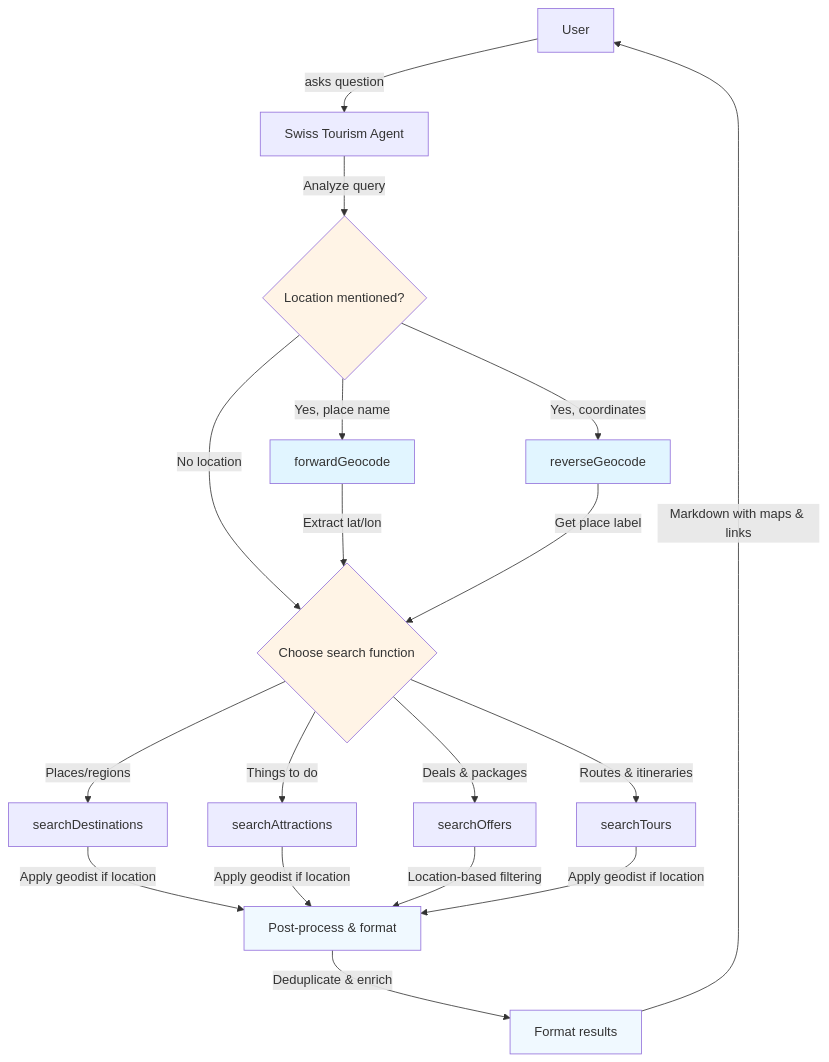
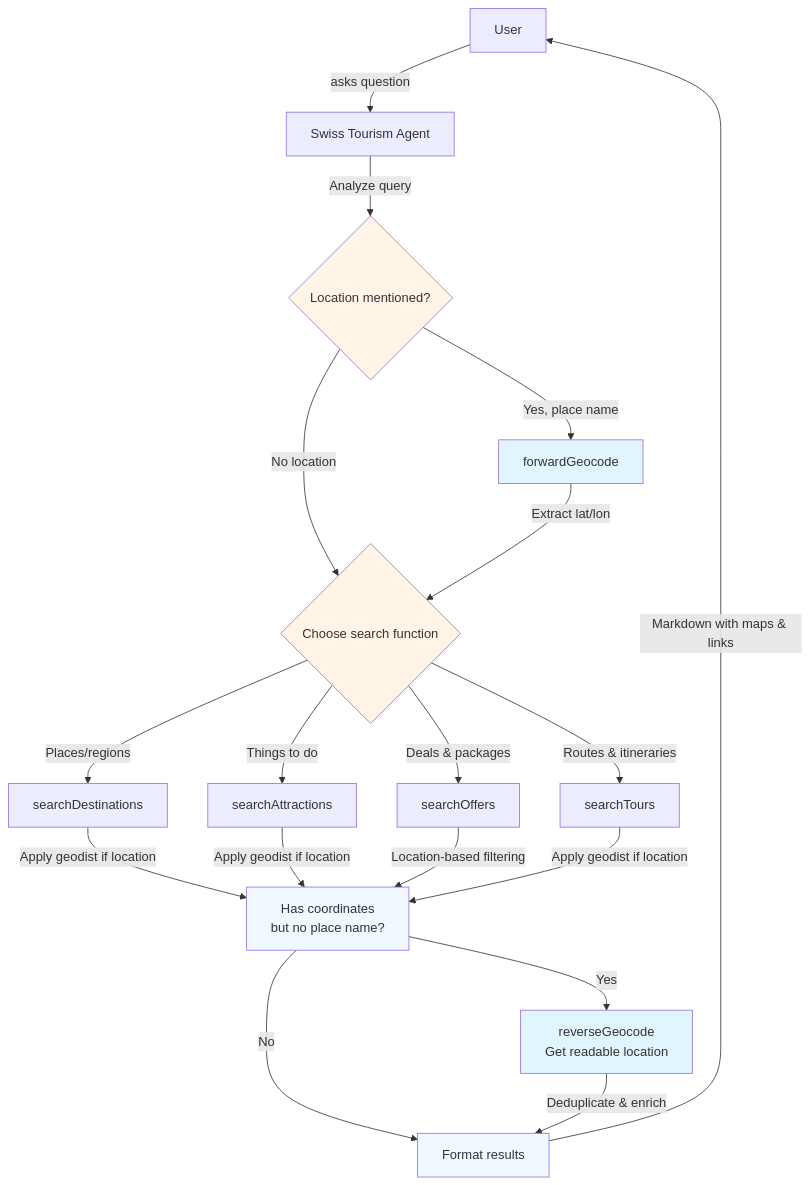
The diagram in cookbook/swiss-tourism-agent.mdx (INNOQ-doc/innoq-doc), drawn with Mermaid before and after one commit.

Commit message:
Documentation edits made through Mintlify web editor

````diff
--- a/cookbook/swiss-tourism-agent.mdx
+++ b/cookbook/swiss-tourism-agent.mdx
@@ -28,35 +28,36 @@
 ```mermaid
 flowchart TD
   U[User] -->|asks question| A[Swiss Tourism Agent]
   A -->|Analyze query| L{Location mentioned?}
   
   L -->|Yes, place name| FG[forwardGeocode]
-  L -->|Yes, coordinates| RG[reverseGeocode]
   L -->|No location| R
   
   FG -->|Extract lat/lon| R{Choose search function}
-  RG -->|Get place label| R
   
   R -->|Places/regions| D[searchDestinations]
   R -->|Things to do| AT[searchAttractions]
   R -->|Deals & packages| OF[searchOffers]
   R -->|Routes & itineraries| T[searchTours]
   
-  D -->|Apply geodist if location| P[Post-process & format]
-  AT -->|Apply geodist if location| P
-  OF -->|Location-based filtering| P
-  T -->|Apply geodist if location| P
+  D -->|Apply geodist if location| C[Has coordinates<br/>but no place name?]
+  AT -->|Apply geodist if location| C
+  OF -->|Location-based filtering| C
+  T -->|Apply geodist if location| C
+
+  C -->|Yes| RG[reverseGeocode<br/>Get readable location]
+  C -->|No| P
   
-  P -->|Deduplicate & enrich| F[Format results]
-  F -->|Markdown with maps & links| U
+  RG -->|Deduplicate & enrich| P[Format results]
+  P -->|Markdown with maps & links| U
   
   style FG fill:#e1f5ff
   style RG fill:#e1f5ff
   style L fill:#fff4e6
   style R fill:#fff4e6
   style P fill:#f0f9ff
-  style F fill:#f0f9ff
+  style C fill:#f0f9ff
 
 
 
 ```
````
